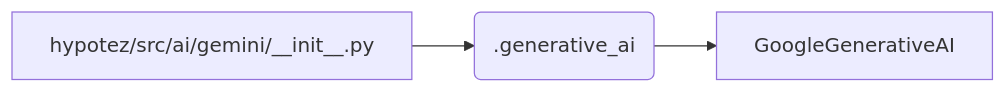
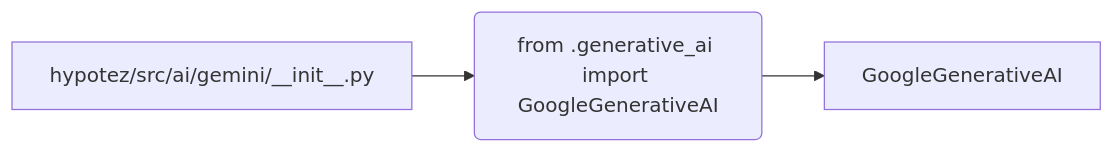
The diagram in docs/gemini/ru/explainer/src/ai/gemini/__init__.md (hypo69/hypo), drawn with Mermaid before and after one commit. The commit also changed other lines of this file and 877 other files, not shown here.

````diff
--- a/docs/gemini/ru/explainer/src/ai/gemini/__init__.md
+++ b/docs/gemini/ru/explainer/src/ai/gemini/__init__.md
@@ -43,6 +36,5 @@
 ```mermaid
 graph LR
-    A[hypotez/src/ai/gemini/__init__.py] --> B(.generative_ai);
-    B(.generative_ai) --> C[GoogleGenerativeAI];
-    
+    A[hypotez/src/ai/gemini/__init__.py] --> B(from .generative_ai import GoogleGenerativeAI);
+    B --> C[GoogleGenerativeAI];
 ```
````
